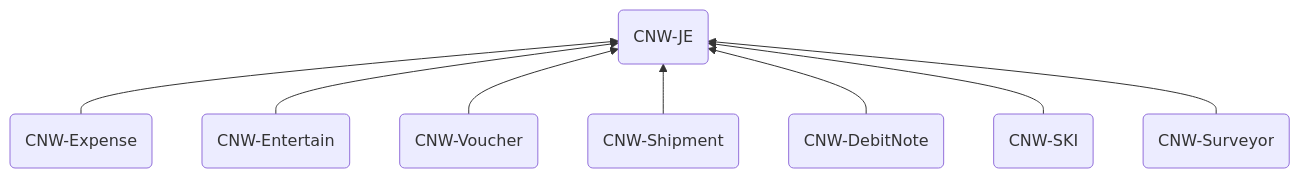
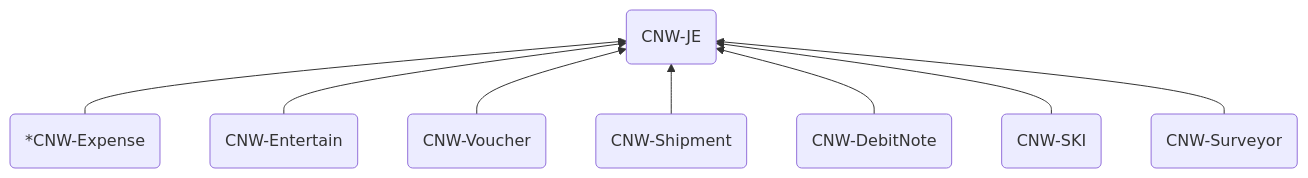
One commit to andyut/cnw_doc changed the third of 5 diagrams in cnw_je_doc.md. Above: the diagram before and after it, drawn with Mermaid. The commit also changed other lines of this file, not shown here.

Commit message:
cnw_je_doc.md updated from https://stackedit.io/

````diff
--- a/cnw_je_doc.md
+++ b/cnw_je_doc.md
@@ -41,12 +41,12 @@
 ```mermaid
 graph BT
-A(CNW-Expense) --> B(CNW-JE)
+A(*CNW-Expense) --> B(CNW-JE)
 A1(CNW-Entertain) --> B(CNW-JE)
 A2(CNW-Voucher) --> B(CNW-JE)
 A3(CNW-Shipment) --> B(CNW-JE)
 A4(CNW-DebitNote) --> B(CNW-JE)
 A5(CNW-SKI) --> B(CNW-JE)
 A6(CNW-Surveyor) --> B(CNW-JE)
 
 
 ```
````
